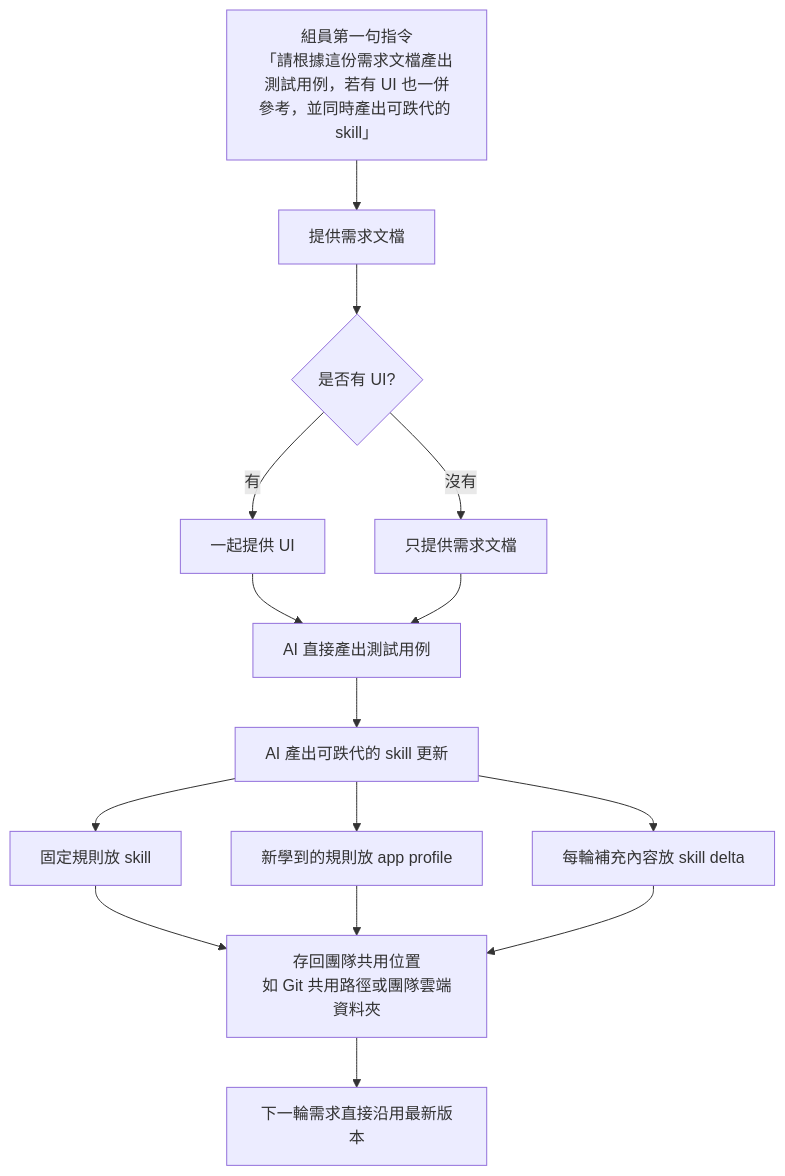
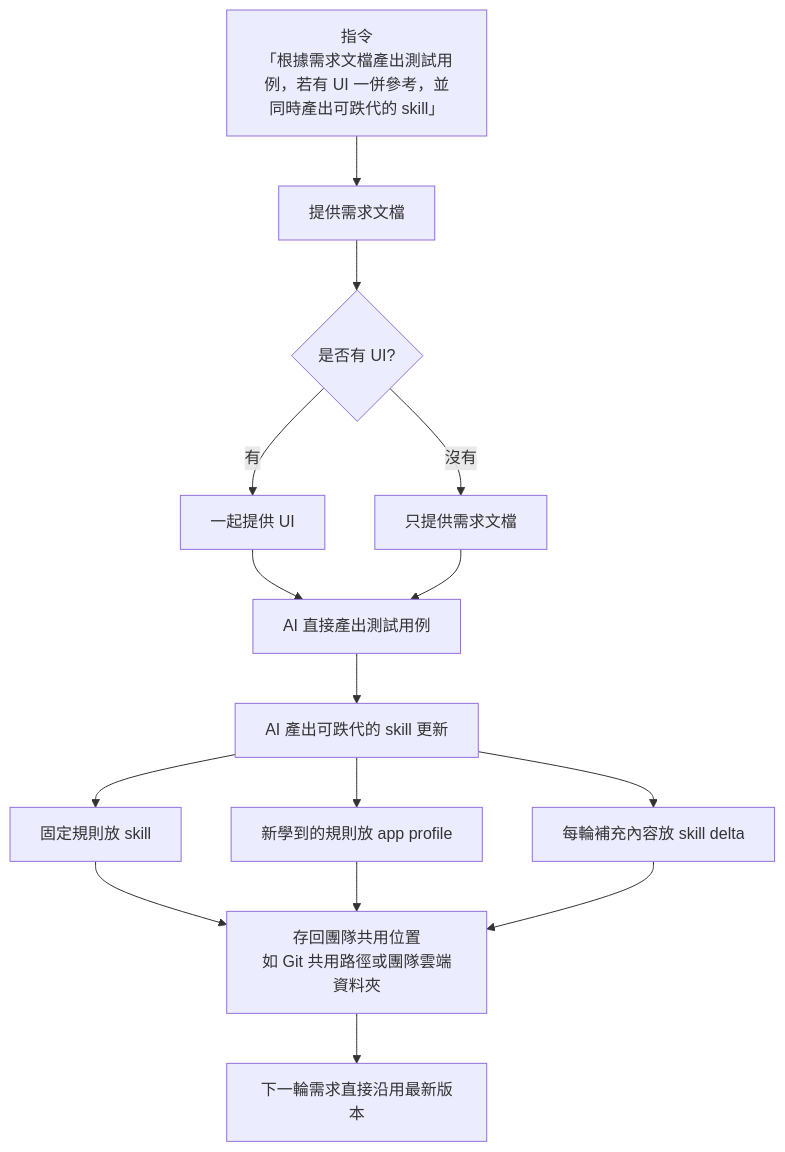
Before and after one commit to Jimmy-Kao/skills: the diagram in README.md, drawn with Mermaid.

````diff
--- a/README.md
+++ b/README.md
@@ -69,30 +69,30 @@
 ```mermaid
 flowchart TD
-    A[組員第一句指令<br/>「請根據這份需求文檔產出測試用例，若有 UI 也一併參考，並同時產出可跌代的 skill」]
+    A[指令<br/>「根據需求文檔產出測試用例，若有 UI 一併參考，並同時產出可跌代的 skill」]
     B[提供需求文檔]
     C{是否有 UI?}
     D[一起提供 UI]
     E[只提供需求文檔]
     F[AI 直接產出測試用例]
     G[AI 產出可跌代的 skill 更新]
     H[固定規則放 skill]
     I[新學到的規則放 app profile]
     J[每輪補充內容放 skill delta]
     K[存回團隊共用位置<br/>如 Git 共用路徑或團隊雲端資料夾]
     L[下一輪需求直接沿用最新版本]
 
     A --> B
     B --> C
     C -- 有 --> D
     C -- 沒有 --> E
     D --> F
     E --> F
     F --> G
     G --> H
     G --> I
     G --> J
     H --> K
     I --> K
     J --> K
     K --> L
 ```
````
